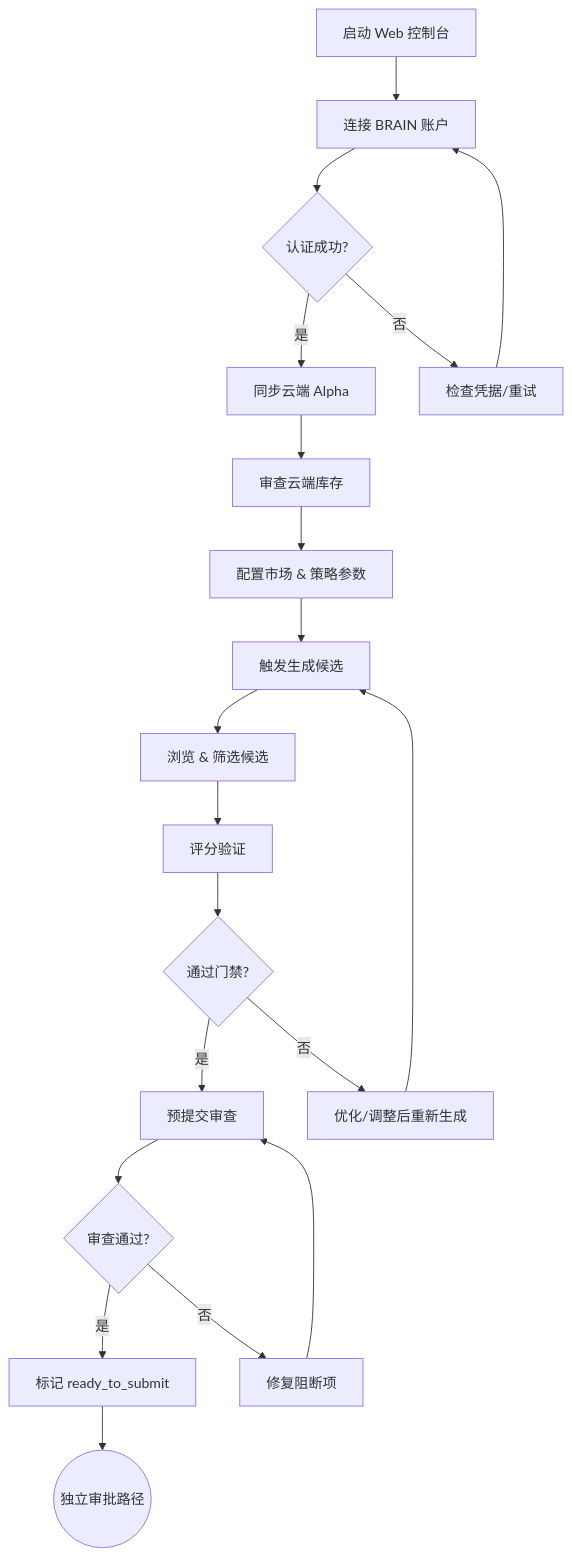
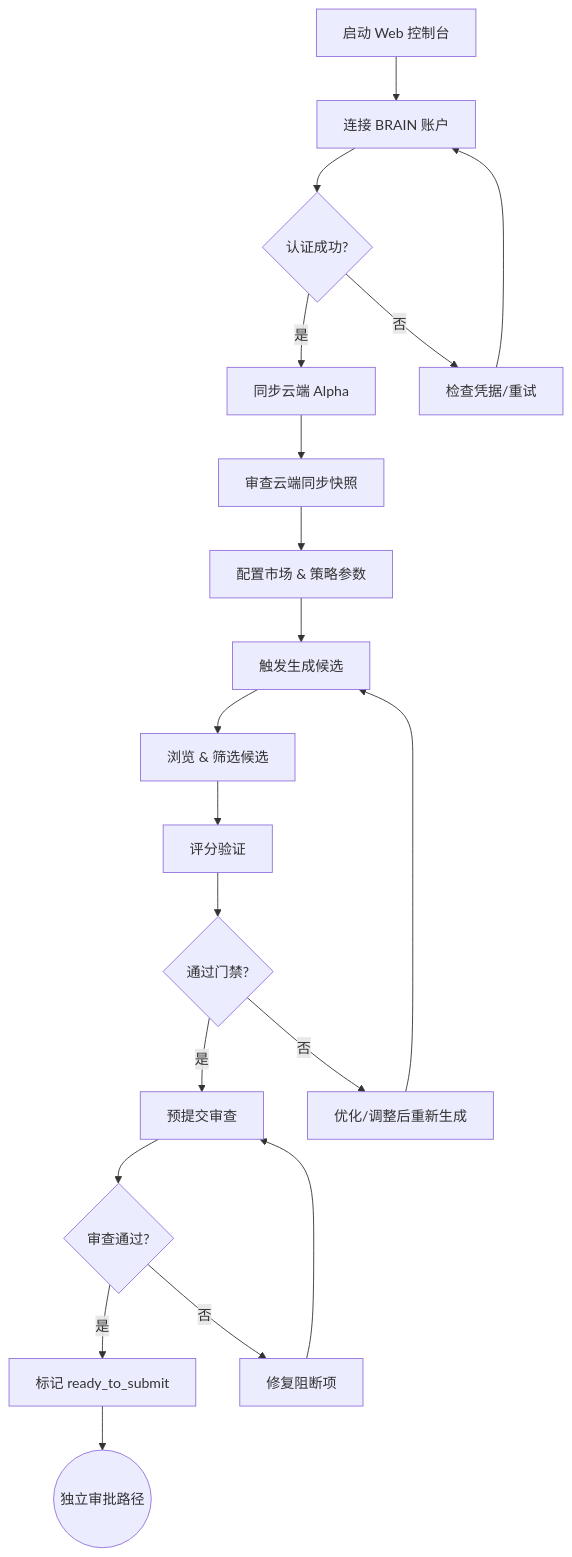
The first of 2 diagrams in README.md (qq547820639/WorldQuant-BRAIN-Alpha), drawn with Mermaid before and after one commit. The commit also changed other lines of this file and 253 other files, not shown here.

````diff
--- a/README.md
+++ b/README.md
@@ -381,22 +381,22 @@
 ```mermaid
 flowchart TD
     A[启动 Web 控制台] --> B[连接 BRAIN 账户]
     B --> C{认证成功?}
     C -- 是 --> D[同步云端 Alpha]
     C -- 否 --> E[检查凭据/重试]
     E --> B
-    D --> F[审查云端库存]
+    D --> F[审查云端同步快照]
     F --> G[配置市场 & 策略参数]
     G --> H[触发生成候选]
     H --> I[浏览 & 筛选候选]
     I --> J[评分验证]
     J --> K{通过门禁?}
     K -- 是 --> L[预提交审查]
     K -- 否 --> M[优化/调整后重新生成]
     M --> H
     L --> N{审查通过?}
     N -- 是 --> O[标记 ready_to_submit]
     N -- 否 --> P[修复阻断项]
     P --> L
     O --> Q((独立审批路径))
 ```
````
